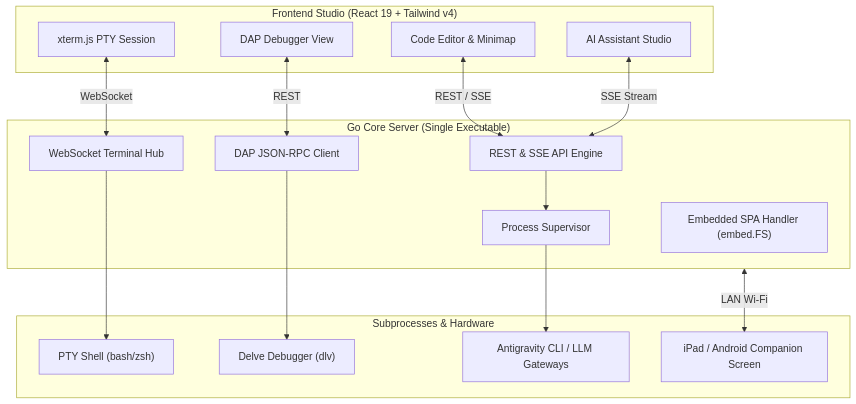
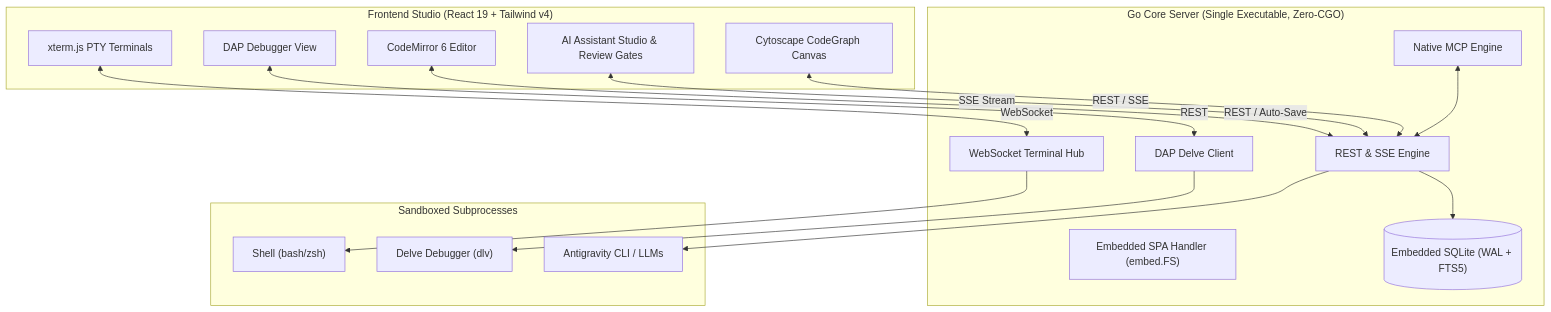
One commit to aditlab-code/AegisCode changed the second of 2 diagrams in README.md. Above: the diagram before and after it, drawn with Mermaid. The commit also changed other lines of this file and 96 other files, not shown here.

````diff
--- a/README.md
+++ b/README.md
@@ -34,35 +76,37 @@
 ```mermaid
 flowchart TD
     subgraph UI ["Frontend Studio (React 19 + Tailwind v4)"]
-        Workbench["Code Editor & Minimap"]
-        Chat["AI Assistant Studio"]
-        Terminal["xterm.js PTY Session"]
+        Editor["CodeMirror 6 Editor"]
+        Chat["AI Assistant Studio & Review Gates"]
+        Terminal["xterm.js PTY Terminals"]
         DebugUI["DAP Debugger View"]
+        GraphUI["Cytoscape CodeGraph Canvas"]
     end
 
-    subgraph Core ["Go Core Server (Single Executable)"]
+    subgraph Core ["Go Core Server (Single Executable, Zero-CGO)"]
         SPA["Embedded SPA Handler (embed.FS)"]
-        API["REST & SSE API Engine"]
+        API["REST & SSE Engine"]
         WS["WebSocket Terminal Hub"]
-        DAPClient["DAP JSON-RPC Client"]
-        Supervisor["Process Supervisor"]
+        DAP["DAP Delve Client"]
+        MCP["Native MCP Engine"]
+        DB[("Embedded SQLite (WAL + FTS5)")]
     end
 
-    subgraph External ["Subprocesses & Hardware"]
-        PTYRunner["PTY Shell (bash/zsh)"]
-        DAPAdapter["Delve Debugger (dlv)"]
-        AICLI["Antigravity CLI / LLM Gateways"]
-        Tablet["iPad / Android Companion Screen"]
+    subgraph Subprocesses ["Sandboxed Subprocesses"]
+        PTY["Shell (bash/zsh)"]
+        DLV["Delve Debugger (dlv)"]
+        AI["Antigravity CLI / LLMs"]
     end
 
-    Workbench <-->|REST / SSE| API
+    Editor <-->|REST / Auto-Save| API
     Chat <-->|SSE Stream| API
     Terminal <-->|WebSocket| WS
-    DebugUI <-->|REST| DAPClient
+    DebugUI <-->|REST| DAP
+    GraphUI <-->|REST / SSE| API
     
-    API --> Supervisor
-    WS --> PTYRunner
-    DAPClient --> DAPAdapter
-    Supervisor --> AICLI
-    Core <-->|LAN Wi-Fi| Tablet
+    API --> DB
+    WS --> PTY
+    DAP --> DLV
+    API --> AI
+    MCP <--> API
 ```
````
